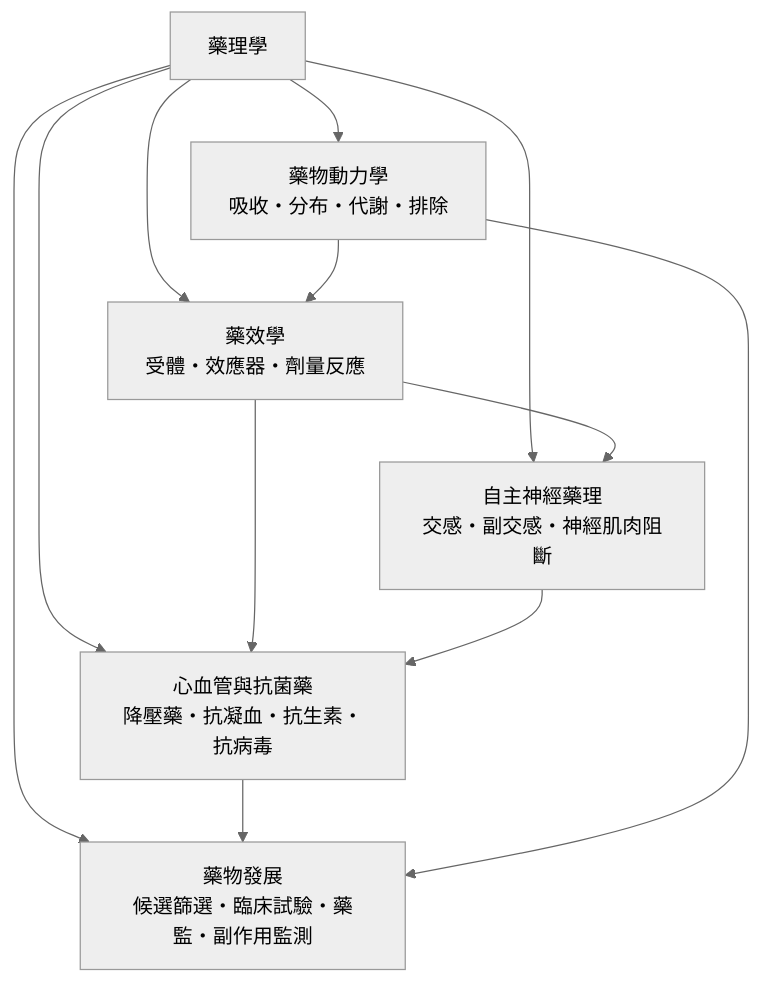
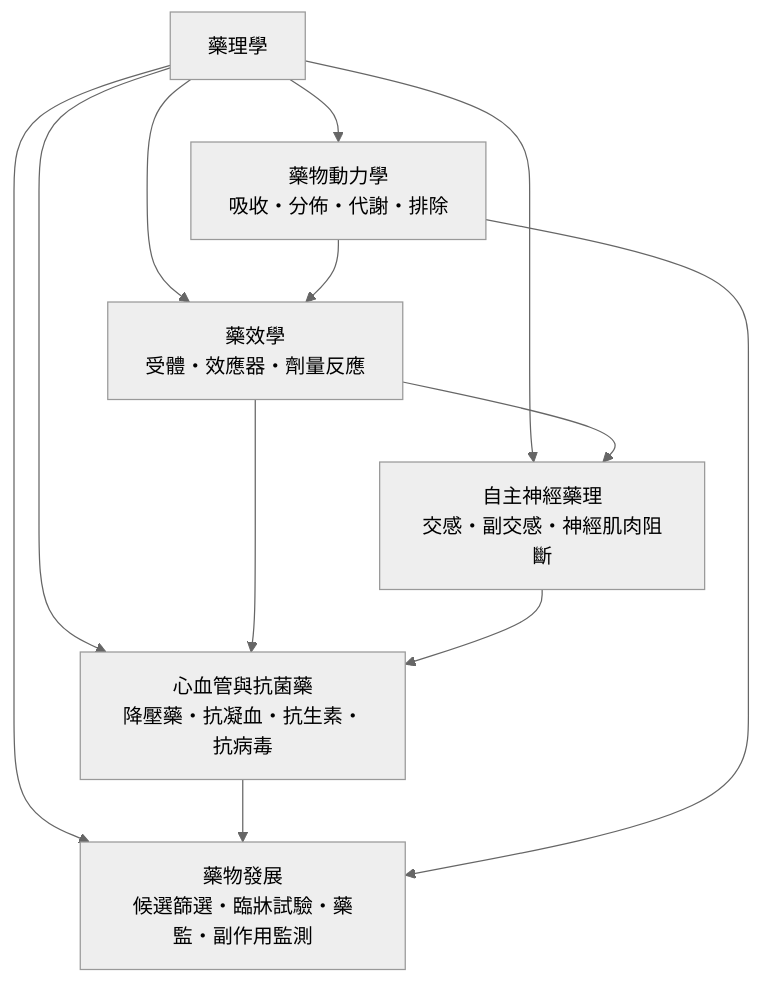
The diagram in site2/科技/藥理學/藥理學.md (cccbook/markpedia), drawn with Mermaid (neutral theme) before and after one commit. The commit also changed other lines of this file and 1417 other files, not shown here.

````diff
--- a/site2/科技/藥理學/藥理學.md
+++ b/site2/科技/藥理學/藥理學.md
@@ -51,14 +51,14 @@
 ```mermaid
 graph TD
-    A["藥理學"] --> B["藥物動力學<br/>吸收・分布・代謝・排除"]
+    A["藥理學"] --> B["藥物動力學<br/>吸收・分佈・代謝・排除"]
     A --> C["藥效學<br/>受體・效應器・劑量反應"]
     A --> D["自主神經藥理<br/>交感・副交感・神經肌肉阻斷"]
     A --> E["心血管與抗菌藥<br/>降壓藥・抗凝血・抗生素・抗病毒"]
-    A --> F["藥物發展<br/>候選篩選・臨床試驗・藥監・副作用監測"]
+    A --> F["藥物發展<br/>候選篩選・臨牀試驗・藥監・副作用監測"]
     B --> C
     C --> D
     C --> E
     D --> E
     E --> F
     B --> F
 ```
````
